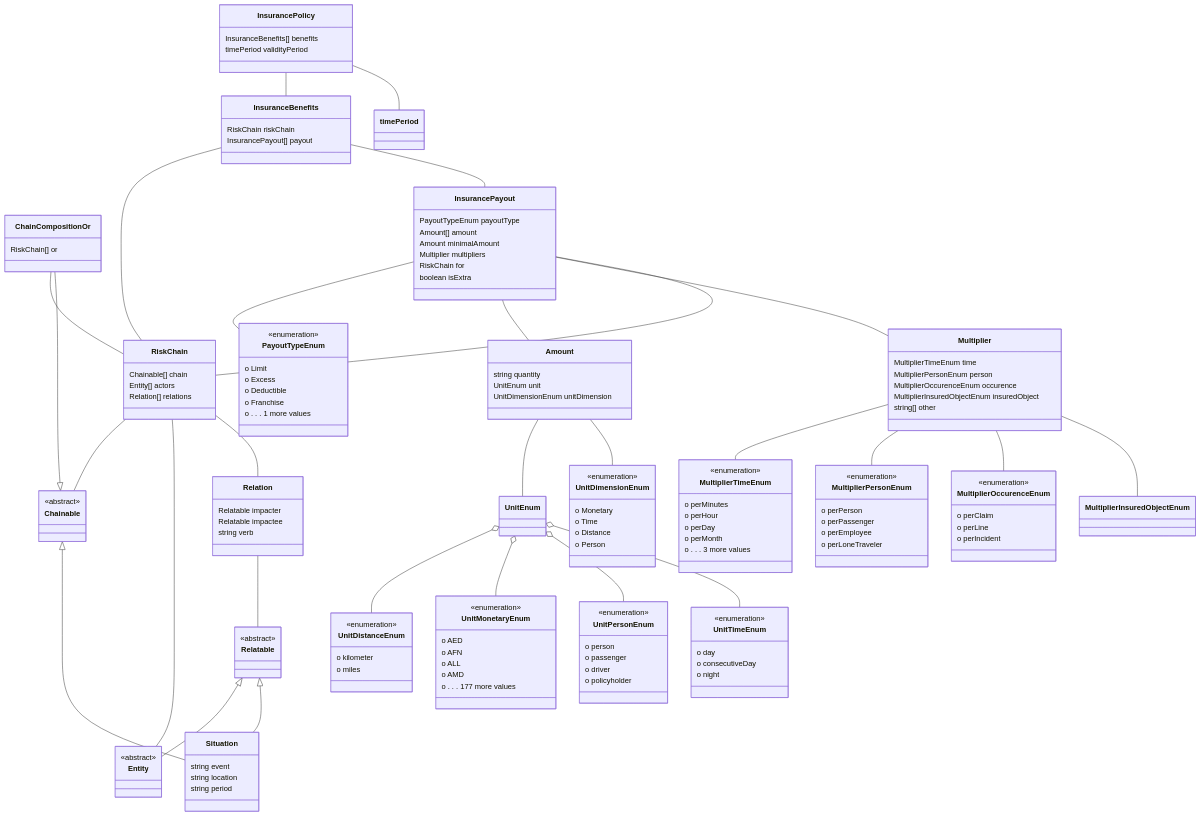
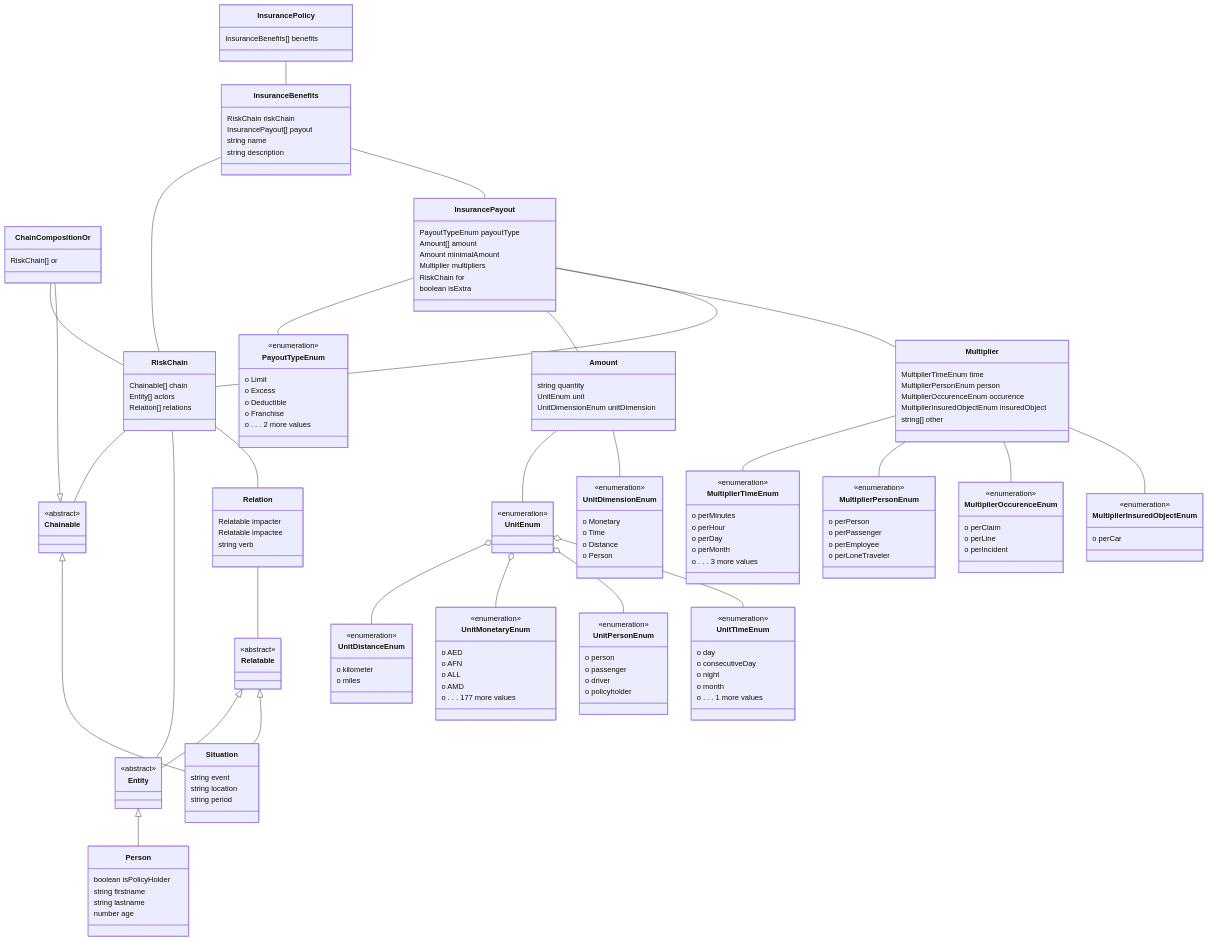
Before and after one commit to codexstanford/Insurance-Payout-Ontology: the diagram in datamodel-build/mermaid/diagram.mmd, drawn with Mermaid. The commit also changed 68 other files, not shown here.

```diff
--- a/datamodel-build/mermaid/diagram.mmd
+++ b/datamodel-build/mermaid/diagram.mmd
@@ -46,6 +46,8 @@
 
   RiskChain riskChain
   InsurancePayout[] payout
+  string name
+  string description
 
 }
 
@@ -67,13 +69,11 @@
 }
 
 InsurancePolicy -- InsuranceBenefits
-InsurancePolicy -- timePeriod
 
 
 class InsurancePolicy {
 
   InsuranceBenefits[] benefits
-  timePeriod validityPeriod
 
 }
 
@@ -91,6 +91,11 @@
   MultiplierInsuredObjectEnum insuredObject
   string[] other
 
+}
+
+class MultiplierInsuredObjectEnum {
+<<enumeration>>
+  o perCar
 }
 
 class MultiplierOccurenceEnum {
@@ -123,7 +128,19 @@
   o Excess
   o Deductible
   o Franchise
-  o . . . 1 more values
+  o . . . 2 more values
+}
+
+
+
+Entity <|-- Person
+class Person {
+
+  boolean isPolicyHolder
+  string firstname
+  string lastname
+  number age
+
 }
 
 
@@ -185,6 +202,10 @@
   o miles
 }
 
+class UnitEnum {
+<<enumeration>>
+}
+
 UnitEnum o-- UnitMonetaryEnum
   class UnitMonetaryEnum {
 <<enumeration>>
@@ -210,6 +231,8 @@
   o day
   o consecutiveDay
   o night
+  o month
+  o . . . 1 more values
 }
 
 undefined
```
